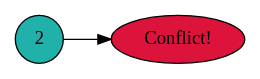
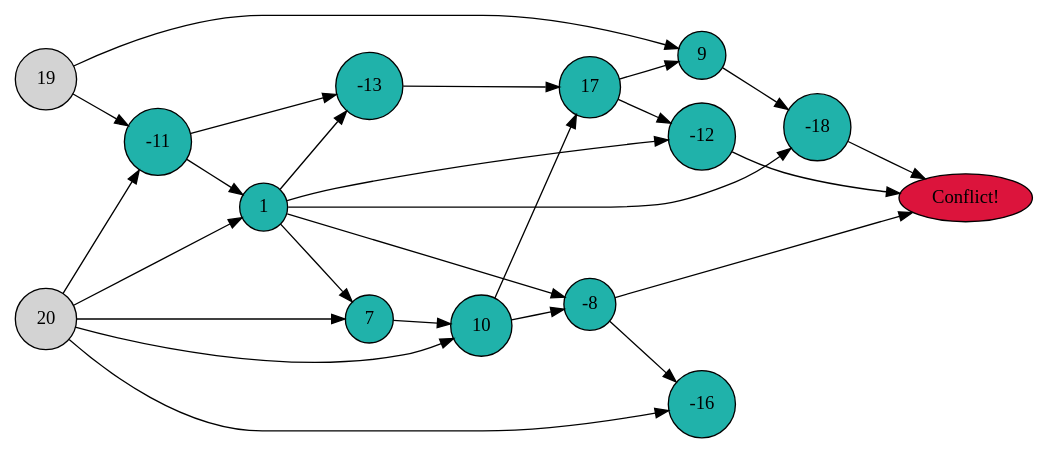
The diagram in exemple.dot (ilsordo/SAT-SMT-Solver), drawn with Graphviz before and after one commit. The commit also changed other lines of this file and 2 other files, not shown here.

```diff
--- a/exemple.dot
+++ b/exemple.dot
@@ -1,1 +1,41 @@
-digraph G{rankdir = LR;size ="4,4";node[style=filled,shape=circle];conflict [label="Conflict!",shape=ellipse,fillcolor=crimson];node[shape=circle,fillcolor=lightseagreen];2 -> conflict}
+digraph G{
+rankdir = LR;
+node[style=filled,shape=circle];
+conflict [label="Conflict!",shape=ellipse,fillcolor=crimson];
+-8 -> conflict
+-12 -> conflict
+-18 -> conflict
+-18 [fillcolor=lightseagreen]
+1 -> -18
+9 -> -18
+9 [fillcolor=lightseagreen]
+17 -> 9
+19 -> 9
+-12 [fillcolor=lightseagreen]
+1 -> -12
+17 -> -12
+17 [fillcolor=lightseagreen]
+-13 -> 17
+10 -> 17
+-13 [fillcolor=lightseagreen]
+-11 -> -13
+1 -> -13
+-16 [fillcolor=lightseagreen]
+-8 -> -16
+20 -> -16
+-8 [fillcolor=lightseagreen]
+1 -> -8
+10 -> -8
+10 [fillcolor=lightseagreen]
+7 -> 10
+20 -> 10
+7 [fillcolor=lightseagreen]
+1 -> 7
+20 -> 7
+1 [fillcolor=lightseagreen]
+-11 -> 1
+20 -> 1
+-11 [fillcolor=lightseagreen]
+19 -> -11
+20 -> -11
+}
```
